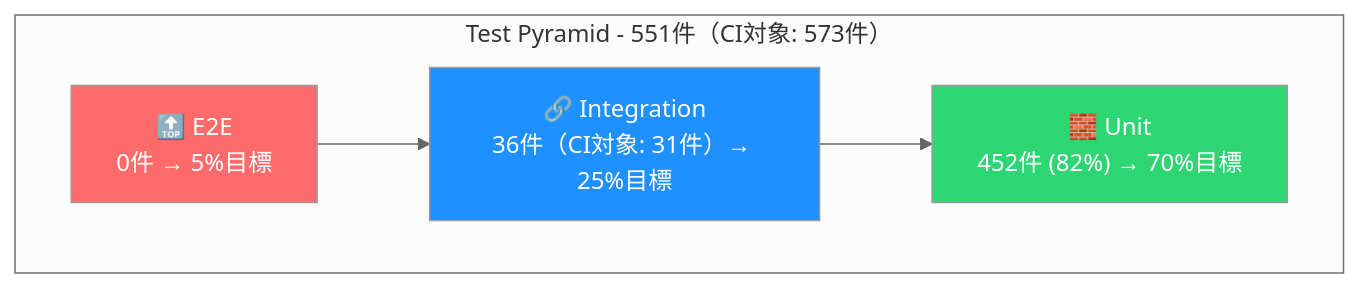
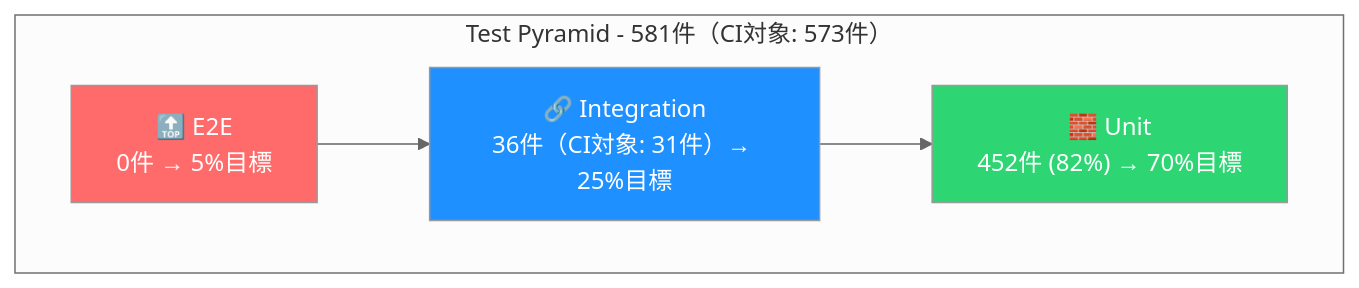
One commit to yaoki-dev/api-test-devops-portfolio changed the second of 3 diagrams in README.md. Above: the diagram before and after it, drawn with Mermaid (neutral theme). The commit also changed other lines of this file, not shown here.

````diff
--- a/README.md
+++ b/README.md
@@ -292,13 +292,13 @@
 ```mermaid
 graph TB
-    subgraph "Test Pyramid - 551件（CI対象: 573件）"
+    subgraph "Test Pyramid - 581件（CI対象: 573件）"
         E2E["🔝 E2E<br/>0件 → 5%目標"]
         Integration["🔗 Integration<br/>36件（CI対象: 31件）→ 25%目標"]
         Unit["🧱 Unit<br/>452件 (82%) → 70%目標"]
     end
     E2E --> Integration --> Unit
 
     style E2E fill:#ff6b6b,color:#fff
     style Integration fill:#1e90ff,color:#fff
     style Unit fill:#2ed573,color:#fff
 ```
````
